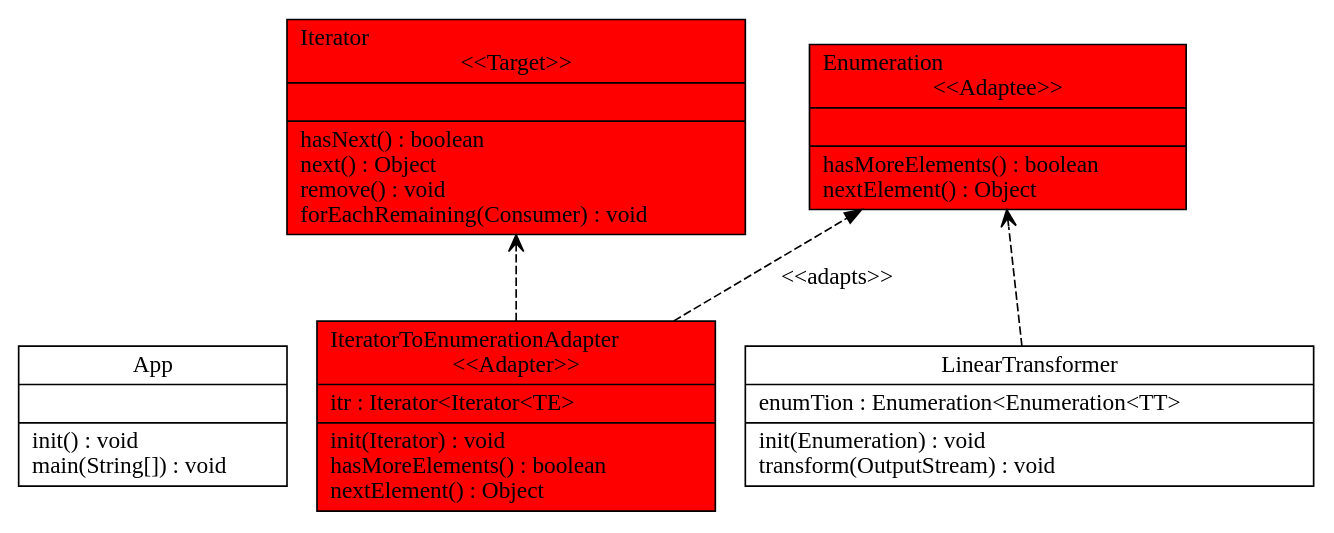
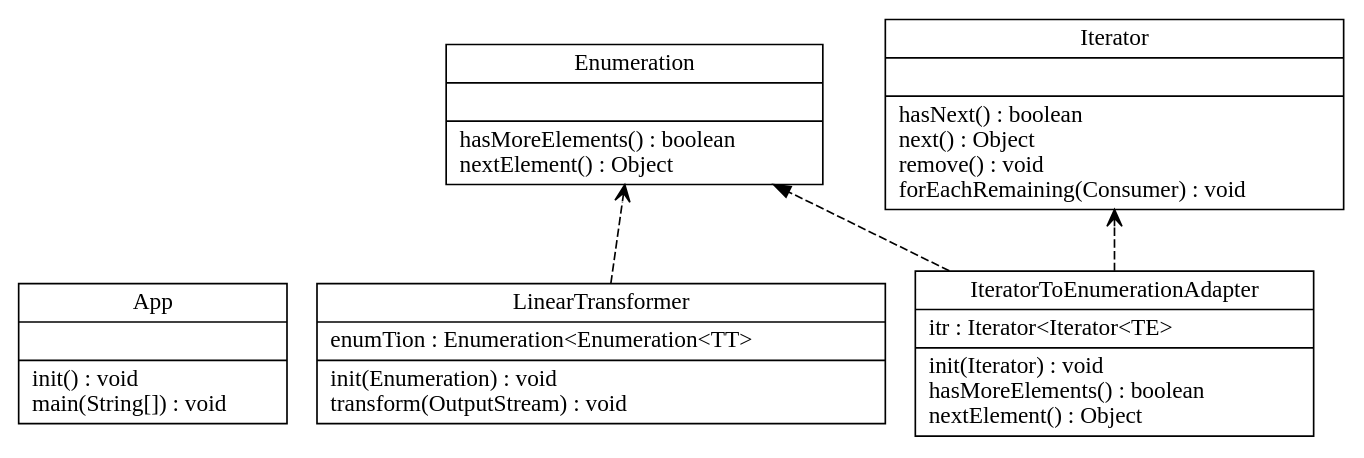
The diagram in input_output/lab51.dot (chinchalupa/CSSE374-Project), drawn with Graphviz before and after one commit. The commit also changed 26 other files, not shown here.

```diff
--- a/input_output/lab51.dot
+++ b/input_output/lab51.dot
@@ -1,23 +1,23 @@
 digraph G {
 
 fontname = "Bitstream Vera Sans"
 fontsize = 8
 rankdir=BT
 
 node [shape = "record" color = "#000000" fillcolor = "#000000" style=""]
 ClassTApp [label = "{App||init() : void\lmain(String[]) : void\l}"]
-node [shape = "record" color = "#000000" fillcolor = "#ff0000" style="filled"]
-ClassTIteratorToEnumerationAdapter [label = "{IteratorToEnumerationAdapter\l\<\<Adapter\>\>|itr : Iterator\<Iterator\<TE\>\l|init(Iterator) : void\lhasMoreElements() : boolean\lnextElement() : Object\l}"]
+node [shape = "record" color = "#000000" fillcolor = "#000000" style=""]
+ClassTIteratorToEnumerationAdapter [label = "{IteratorToEnumerationAdapter|itr : Iterator\<Iterator\<TE\>\l|init(Iterator) : void\lhasMoreElements() : boolean\lnextElement() : Object\l}"]
 node [shape = "record" color = "#000000" fillcolor = "#000000" style=""]
 ClassTLinearTransformer [label = "{LinearTransformer|enumTion : Enumeration\<Enumeration\<TT\>\l|init(Enumeration) : void\ltransform(OutputStream) : void\l}"]
-node [shape = "record" color = "#000000" fillcolor = "#ff0000" style="filled"]
-ClassTEnumeration [label = "{Enumeration\l\<\<Adaptee\>\>||hasMoreElements() : boolean\lnextElement() : Object\l}"]
-node [shape = "record" color = "#000000" fillcolor = "#ff0000" style="filled"]
-ClassTIterator [label = "{Iterator\l\<\<Target\>\>||hasNext() : boolean\lnext() : Object\lremove() : void\lforEachRemaining(Consumer) : void\l}"]
-edge [arrowhead = "normal" style = "dashed" label = "\<\<adapts\>\>"]
+node [shape = "record" color = "#000000" fillcolor = "#000000" style=""]
+ClassTEnumeration [label = "{Enumeration||hasMoreElements() : boolean\lnextElement() : Object\l}"]
+node [shape = "record" color = "#000000" fillcolor = "#000000" style=""]
+ClassTIterator [label = "{Iterator||hasNext() : boolean\lnext() : Object\lremove() : void\lforEachRemaining(Consumer) : void\l}"]
+edge [arrowhead = "normal" style = "dashed" label = ""]
 ClassTIteratorToEnumerationAdapter -> ClassTEnumeration
 edge [arrowhead = "vee" style = "dashed" label = ""]
 ClassTIteratorToEnumerationAdapter -> ClassTIterator
 edge [arrowhead = "vee" style = "dashed" label = ""]
 ClassTLinearTransformer -> ClassTEnumeration
 }
```
